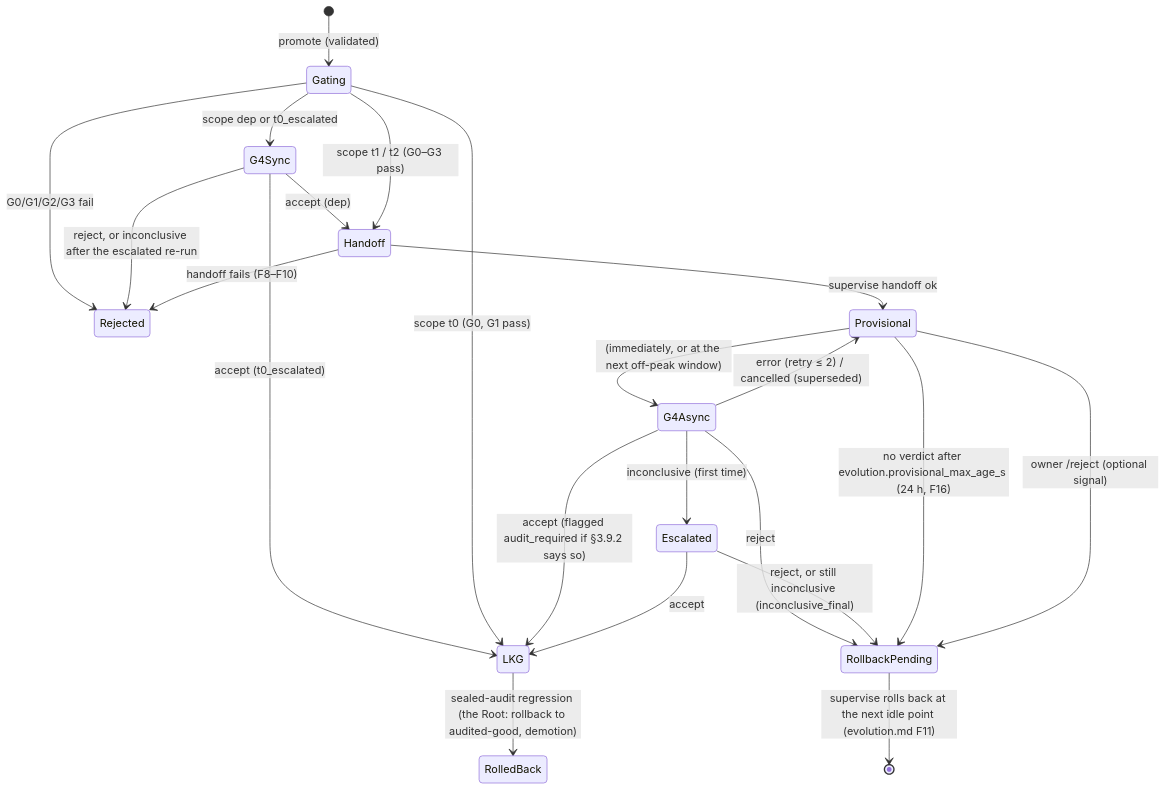
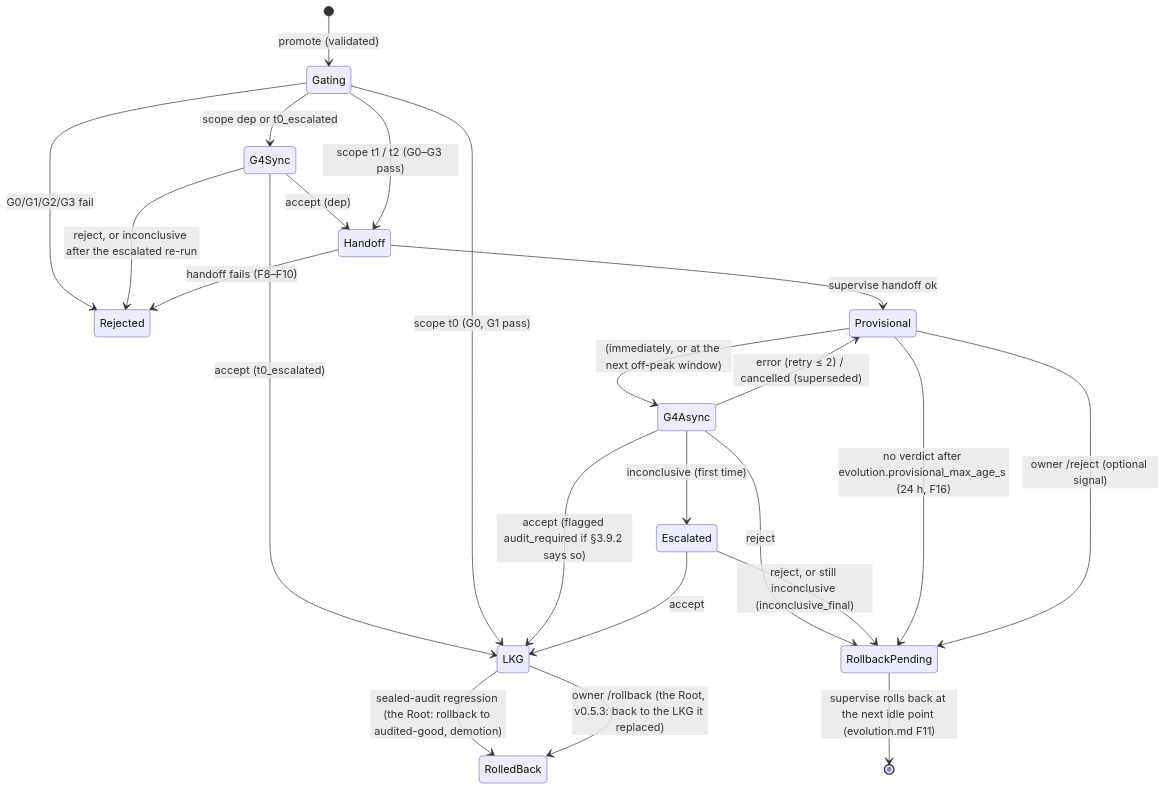
Before and after one commit to nagisanzenin/INIT-Agent: the diagram in docs/kernel/gate.md, drawn with Mermaid. The commit also changed other lines of this file and 176 other files, not shown here.

````diff
--- a/docs/kernel/gate.md
+++ b/docs/kernel/gate.md
@@ -882,24 +882,25 @@
 ```mermaid
 stateDiagram-v2
     [*] --> Gating: promote (validated)
     Gating --> Rejected: G0/G1/G2/G3 fail
     Gating --> G4Sync: scope dep or t0_escalated
     G4Sync --> Rejected: reject, or inconclusive after the escalated re-run
     G4Sync --> LKG: accept (t0_escalated)
     G4Sync --> Handoff: accept (dep)
     Gating --> LKG: scope t0 (G0, G1 pass)
     Gating --> Handoff: scope t1 / t2 (G0–G3 pass)
     Handoff --> Provisional: supervise handoff ok
     Handoff --> Rejected: handoff fails (F8–F10)
     Provisional --> G4Async: (immediately, or at the next off-peak window)
     G4Async --> LKG: accept (flagged audit_required if §3.9.2 says so)
     G4Async --> RollbackPending: reject
     G4Async --> Escalated: inconclusive (first time)
     Escalated --> LKG: accept
     Escalated --> RollbackPending: reject, or still inconclusive (inconclusive_final)
     G4Async --> Provisional: error (retry ≤ 2) / cancelled (superseded)
     Provisional --> RollbackPending: no verdict after evolution.provisional_max_age_s (24 h, F16)
     Provisional --> RollbackPending: owner /reject (optional signal)
     LKG --> RolledBack: sealed-audit regression (the Root: rollback to audited-good, demotion)
+    LKG --> RolledBack: owner /rollback (the Root, v0.5.3: back to the LKG it replaced)
     RollbackPending --> [*]: supervise rolls back at the next idle point (evolution.md F11)
 ```
````
